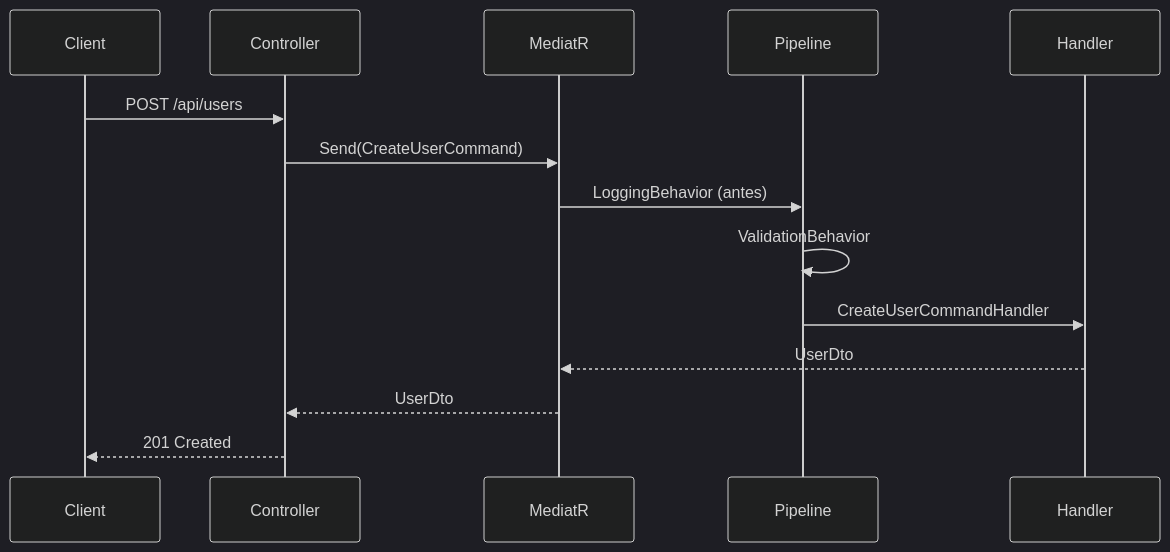
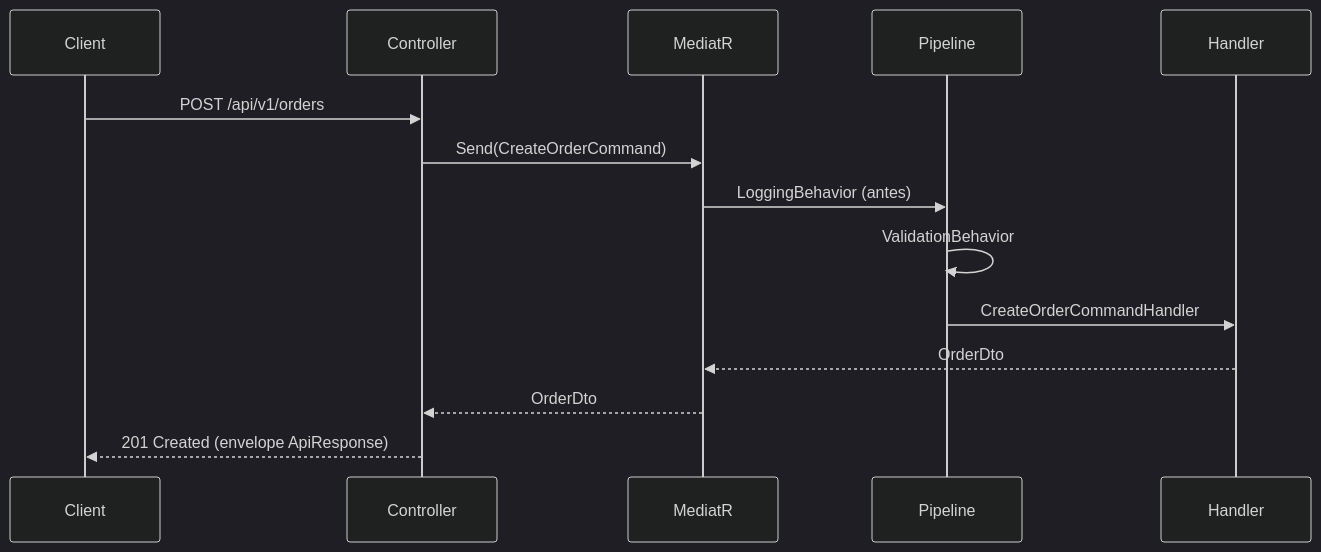
The second of 2 diagrams in Back-end/docs/cqrs-mediatr.md (roberthsx/gestao-pedidos-minerva), drawn with Mermaid (dark theme) before and after one commit. The commit also changed other lines of this file and 2930 other files, not shown here.

````diff
--- a/Back-end/docs/cqrs-mediatr.md
+++ b/Back-end/docs/cqrs-mediatr.md
@@ -54,17 +69,17 @@
 ```mermaid
 sequenceDiagram
     participant Client
     participant Controller
     participant MediatR
     participant Pipeline
     participant Handler
 
-    Client->>Controller: POST /api/users
-    Controller->>MediatR: Send(CreateUserCommand)
+    Client->>Controller: POST /api/v1/orders
+    Controller->>MediatR: Send(CreateOrderCommand)
     MediatR->>Pipeline: LoggingBehavior (antes)
     Pipeline->>Pipeline: ValidationBehavior
-    Pipeline->>Handler: CreateUserCommandHandler
-    Handler-->>MediatR: UserDto
-    MediatR-->>Controller: UserDto
-    Controller-->>Client: 201 Created
+    Pipeline->>Handler: CreateOrderCommandHandler
+    Handler-->>MediatR: OrderDto
+    MediatR-->>Controller: OrderDto
+    Controller-->>Client: 201 Created (envelope ApiResponse)
 ```
````
